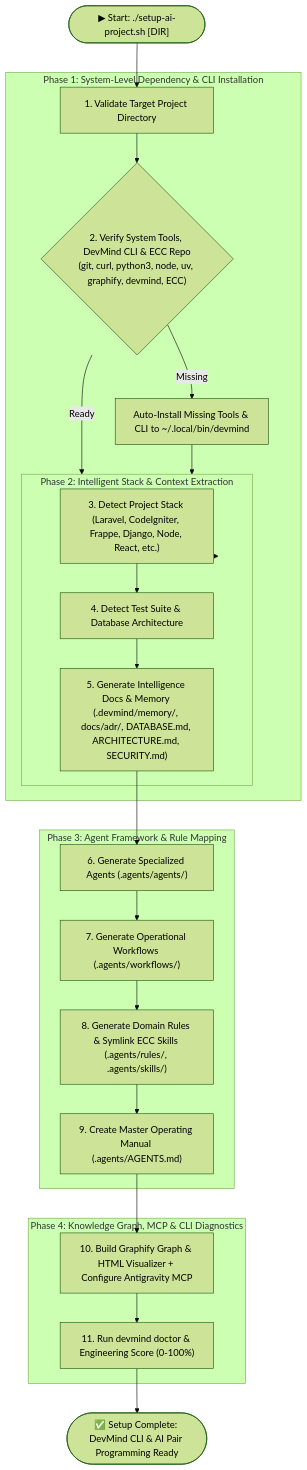
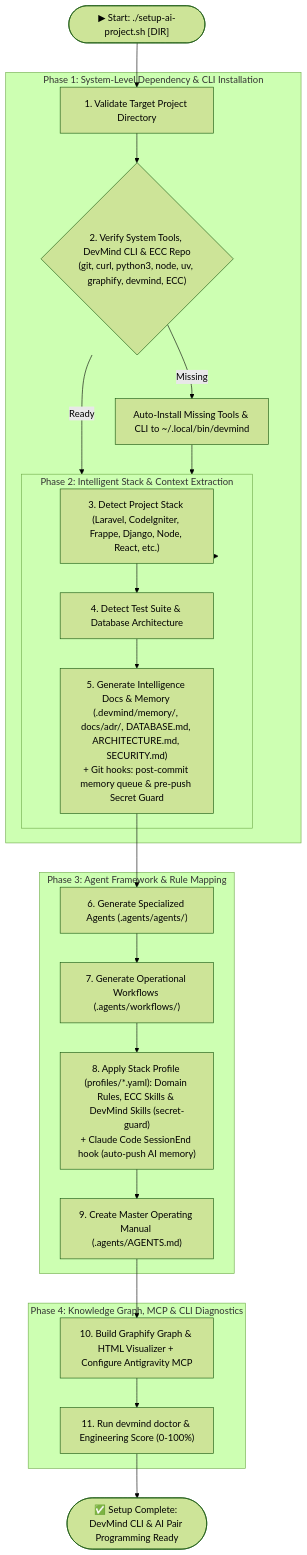
Before and after one commit to devinvento/DevMind: the first of 3 diagrams in README.md, drawn with Mermaid (forest theme). The commit also changed other lines of this file and 3 other files, not shown here.

Commit message:
feat: add automated secret guard scanner and frappe framework detection logic

````diff
--- a/README.md
+++ b/README.md
@@ -15,31 +30,31 @@
 ```mermaid
 flowchart TD
     Start(["▶ Start: ./setup-ai-project.sh [DIR]"]) --> Step1["1. Validate Target Project Directory"]
 
     subgraph Phase1 ["Phase 1: System-Level Dependency & CLI Installation"]
         Step1 --> Step2{"2. Verify System Tools, DevMind CLI & ECC Repo<br/>(git, curl, python3, node, uv, graphify, devmind, ECC)"}
         Step2 -- "Missing" --> AutoInstall["Auto-Install Missing Tools & CLI to ~/.local/bin/devmind"]
         Step2 -- "Ready" --> Phase2
         AutoInstall --> Phase2
     end
 
     subgraph Phase2 ["Phase 2: Intelligent Stack & Context Extraction"]
         Phase2 --> Step3["3. Detect Project Stack (Laravel, CodeIgniter, Frappe, Django, Node, React, etc.)"]
         Step3 --> Step4["4. Detect Test Suite & Database Architecture"]
-        Step4 --> Step5["5. Generate Intelligence Docs & Memory (.devmind/memory/, docs/adr/, DATABASE.md, ARCHITECTURE.md, SECURITY.md)"]
+        Step4 --> Step5["5. Generate Intelligence Docs & Memory (.devmind/memory/, docs/adr/, DATABASE.md, ARCHITECTURE.md, SECURITY.md)<br/>+ Git hooks: post-commit memory queue & pre-push Secret Guard"]
     end
 
     subgraph Phase3 ["Phase 3: Agent Framework & Rule Mapping"]
         Step5 --> Step6["6. Generate Specialized Agents (.agents/agents/)"]
         Step6 --> Step7["7. Generate Operational Workflows (.agents/workflows/)"]
-        Step7 --> Step8["8. Generate Domain Rules & Symlink ECC Skills (.agents/rules/, .agents/skills/)"]
+        Step7 --> Step8["8. Apply Stack Profile (profiles/*.yaml): Domain Rules, ECC Skills & DevMind Skills (secret-guard)<br/>+ Claude Code SessionEnd hook (auto-push AI memory)"]
         Step8 --> Step9["9. Create Master Operating Manual (.agents/AGENTS.md)"]
     end
 
     subgraph Phase4 ["Phase 4: Knowledge Graph, MCP & CLI Diagnostics"]
         Step9 --> Step10["10. Build Graphify Graph & HTML Visualizer + Configure Antigravity MCP"]
         Step10 --> Step11["11. Run devmind doctor & Engineering Score (0-100%)"]
     end
 
     Step11 --> End(["✅ Setup Complete: DevMind CLI & AI Pair Programming Ready"])
 ```
````
